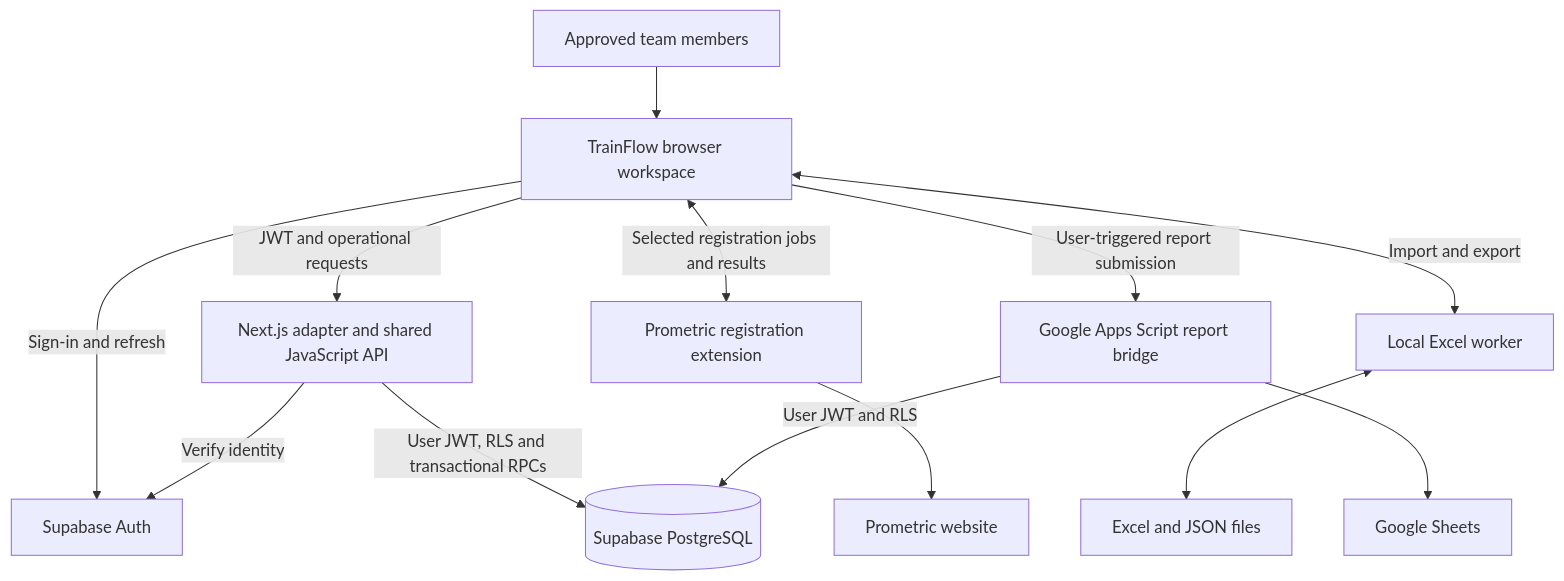
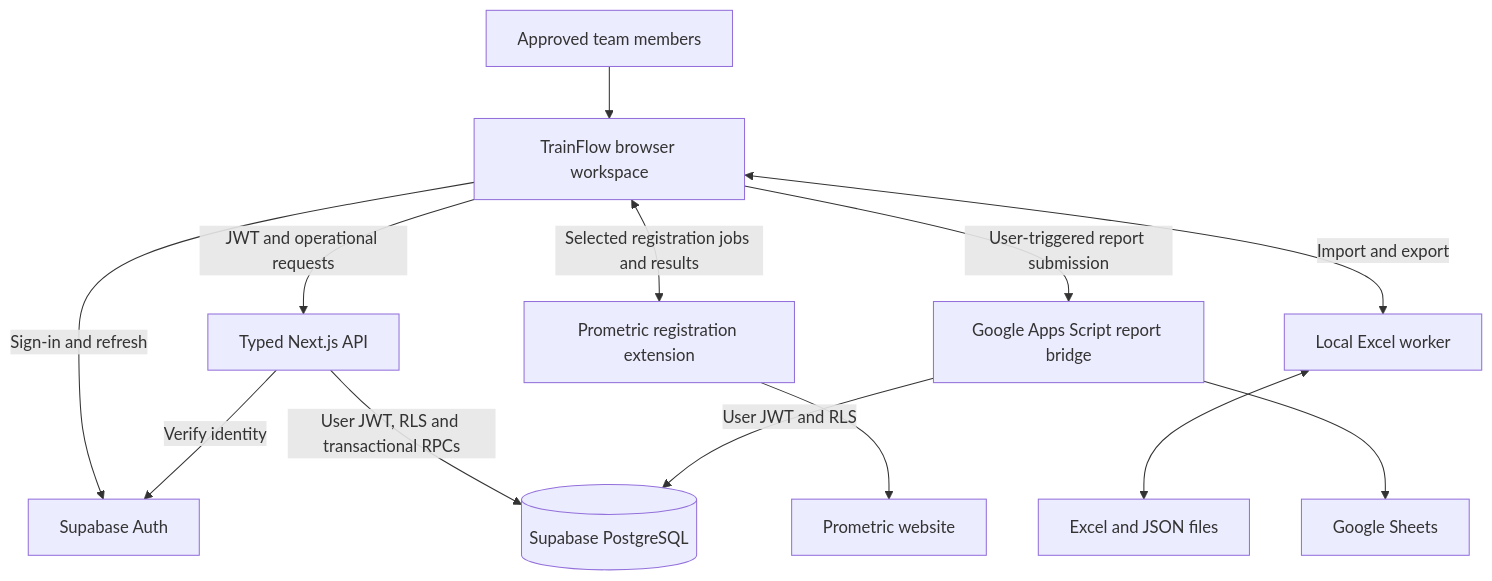
Before and after one commit to salahmostava-sys/Trainflow: the first of 3 diagrams in ARCHITECTURE.md, drawn with Mermaid. The commit also changed other lines of this file and 62 other files, not shown here.

Commit message:
Migrate workspace shell and API to typed source and fix review findings

````diff
--- a/ARCHITECTURE.md
+++ b/ARCHITECTURE.md
@@ -9,27 +9,27 @@
 ```mermaid
 flowchart TB
     Team[Approved team members]
     UI[TrainFlow browser workspace]
     Auth[Supabase Auth]
-    API[Next.js adapter and shared JavaScript API]
+    API[Typed Next.js API]
     DB[(Supabase PostgreSQL)]
     PRO[Prometric registration extension]
     Prometric[Prometric website]
     XLSX[Local Excel worker]
     Files[Excel and JSON files]
     Reports[Google Apps Script report bridge]
     Sheets[Google Sheets]
 
     Team --> UI
     UI -->|Sign-in and refresh| Auth
     UI -->|JWT and operational requests| API
     API -->|Verify identity| Auth
     API -->|User JWT, RLS and transactional RPCs| DB
     UI <-->|Selected registration jobs and results| PRO
     PRO --> Prometric
     UI <-->|Import and export| XLSX
     XLSX <--> Files
     UI -->|User-triggered report submission| Reports
     Reports -->|User JWT and RLS| DB
     Reports --> Sheets
 ```
````
